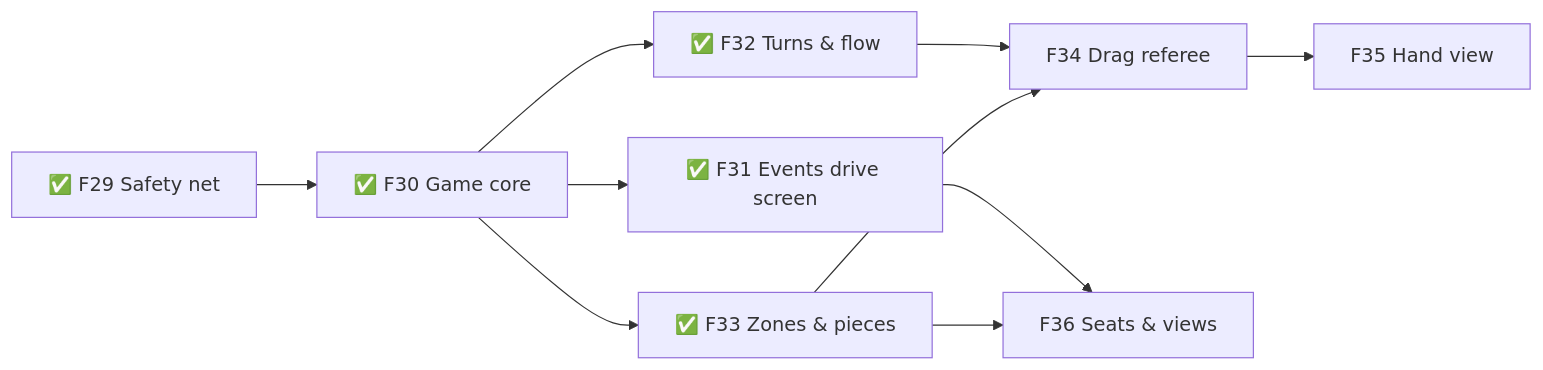
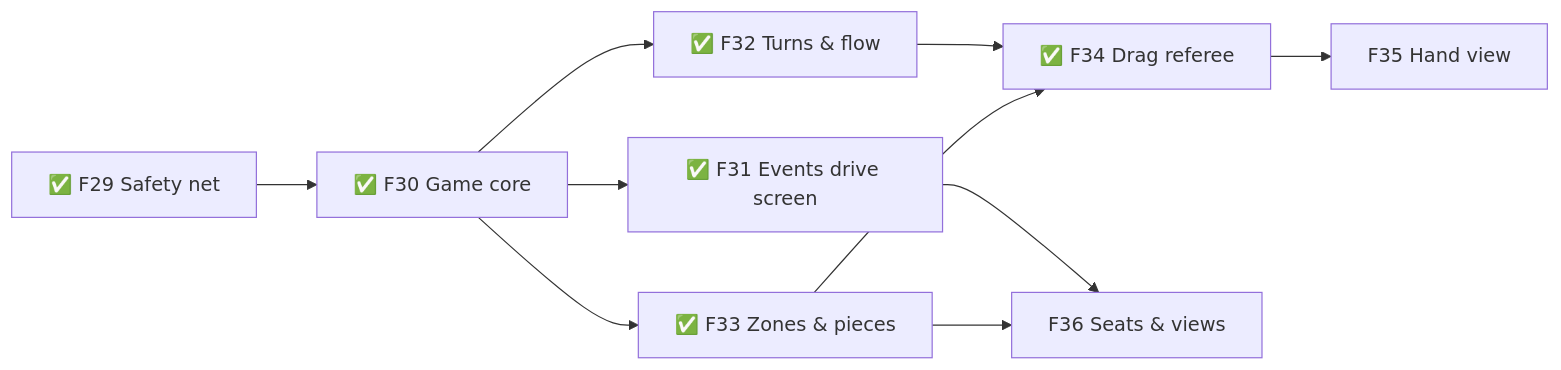
Before and after one commit to TheBlueMuzzy/glyphtender: the sixth of 6 diagrams in .planning/ROADMAP.md, drawn with Mermaid. The commit also changed other lines of this file and 1 other file, not shown here.

Commit message:
F34: built overnight — reviewed (nothing), checks SAME

````diff
--- a/.planning/ROADMAP.md
+++ b/.planning/ROADMAP.md
@@ -123,12 +123,12 @@
 ```mermaid
 flowchart LR
   F29[✅ F29 Safety net] --> F30[✅ F30 Game core]
   F30 --> F31[✅ F31 Events drive screen]
   F30 --> F32[✅ F32 Turns & flow]
   F30 --> F33[✅ F33 Zones & pieces]
-  F32 --> F34[F34 Drag referee]
+  F32 --> F34[✅ F34 Drag referee]
   F33 --> F34
   F34 --> F35[F35 Hand view]
   F31 --> F36[F36 Seats & views]
   F33 --> F36
 ```
````
